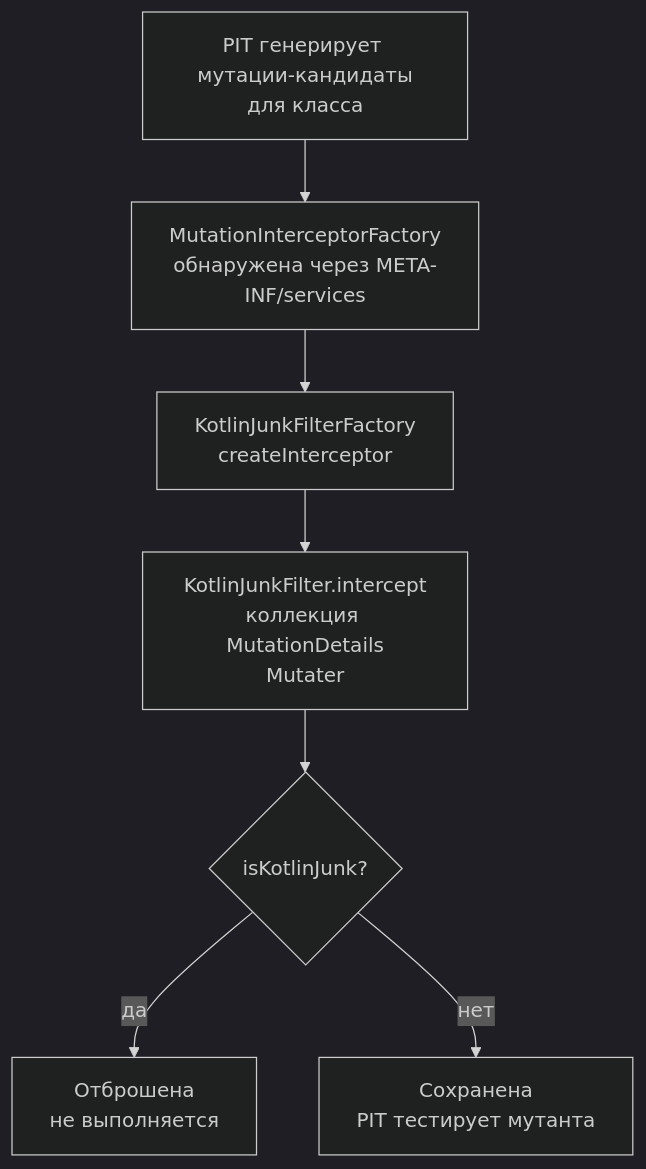
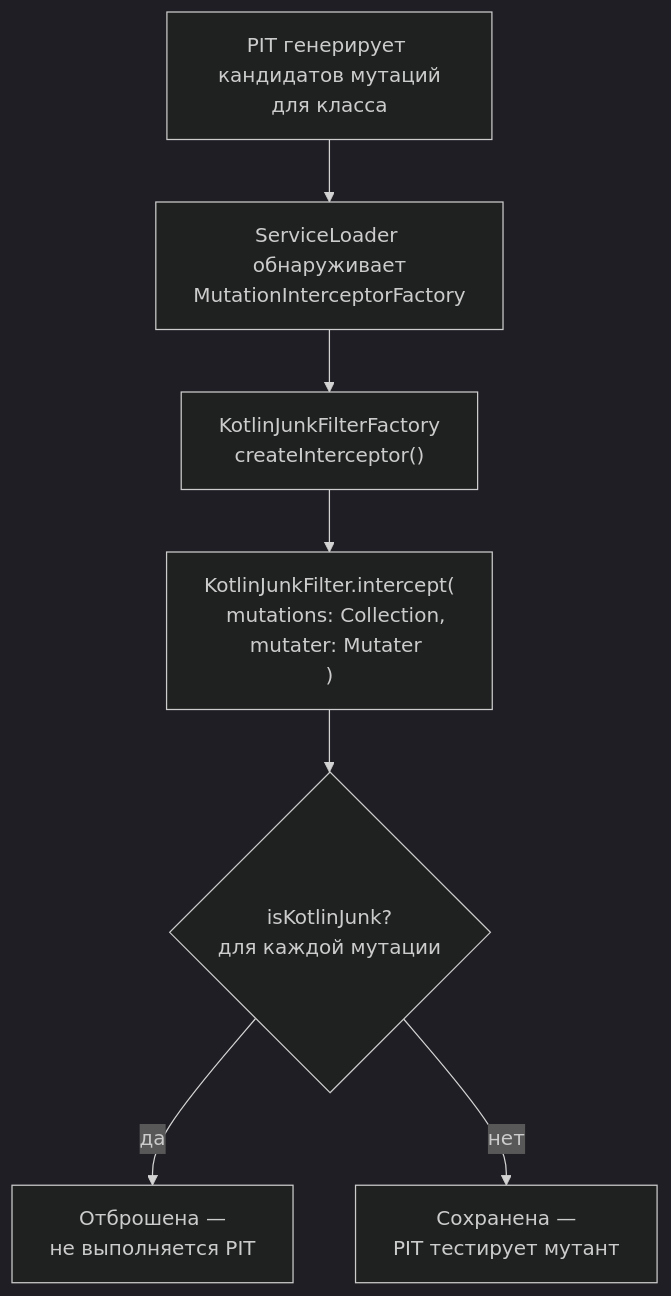
One commit to ioplane/mutaktor changed the diagram in docs/ru/03-kotlin-filters.md. Above: the diagram before and after it, drawn with Mermaid (dark theme). The commit also changed other lines of this file and 13 other files, not shown here.

````diff
--- a/docs/ru/03-kotlin-filters.md
+++ b/docs/ru/03-kotlin-filters.md
@@ -26,9 +29,9 @@
 ```mermaid
 flowchart TD
-    A[PIT генерирует мутации-кандидаты\nдля класса] --> B[MutationInterceptorFactory\nобнаружена через META-INF/services]
-    B --> C[KotlinJunkFilterFactory\ncreateInterceptor]
-    C --> D[KotlinJunkFilter.intercept\nколлекция MutationDetails\nMutater]
-    D --> E{isKotlinJunk?}
-    E -- да --> F[Отброшена\nне выполняется]
-    E -- нет --> G[Сохранена\nPIT тестирует мутанта]
+    A["PIT генерирует кандидатов мутаций\nдля класса"] --> B["ServiceLoader обнаруживает\nMutationInterceptorFactory"]
+    B --> C["KotlinJunkFilterFactory\ncreateInterceptor()"]
+    C --> D["KotlinJunkFilter.intercept(\n  mutations: Collection<MutationDetails>,\n  mutater: Mutater\n)"]
+    D --> E{"isKotlinJunk?\nдля каждой мутации"}
+    E -- да --> F["Отброшена —\nне выполняется PIT"]
+    E -- нет --> G["Сохранена —\nPIT тестирует мутант"]
 ```
````
